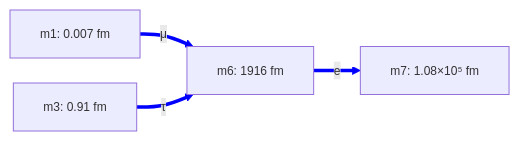
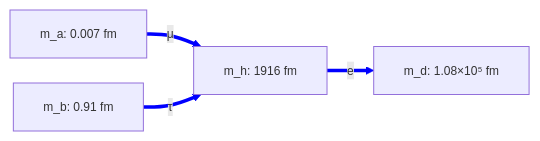
The second of 3 diagrams in projects/ma-domain/work/electron-configs.md (gotchoices/forma), drawn with Mermaid before and after one commit. The commit also changed other lines of this file and 2 other files, not shown here.

````diff
--- a/projects/ma-domain/work/electron-configs.md
+++ b/projects/ma-domain/work/electron-configs.md
@@ -63,14 +53,14 @@
 ```mermaid
 %%{init: { "flowchart": { "nodeSpacing": 25, "rankSpacing": 40, "curve": "basis" }, "themeVariables": { "fontSize": "12px" } } }%%
 graph LR
-    m1[m1: 0.007 fm]
-    m3[m3: 0.91 fm]
-    m6[m6: 1916 fm]
-    m7[m7: 1.08×10⁵ fm]
+    ma[m_a: 0.007 fm]
+    mb[m_b: 0.91 fm]
+    mh[m_h: 1916 fm]
+    md[m_d: 1.08×10⁵ fm]
 
     %% --- electron sector (blue, ring→tube) ---
-    m1 ==>|μ| m6
-    m3 ==>|τ| m6
-    m6 ==>|e| m7
+    ma ==>|μ| mh
+    mb ==>|τ| mh
+    mh ==>|e| md
     linkStyle 0,1,2 stroke:blue
 ```
````
